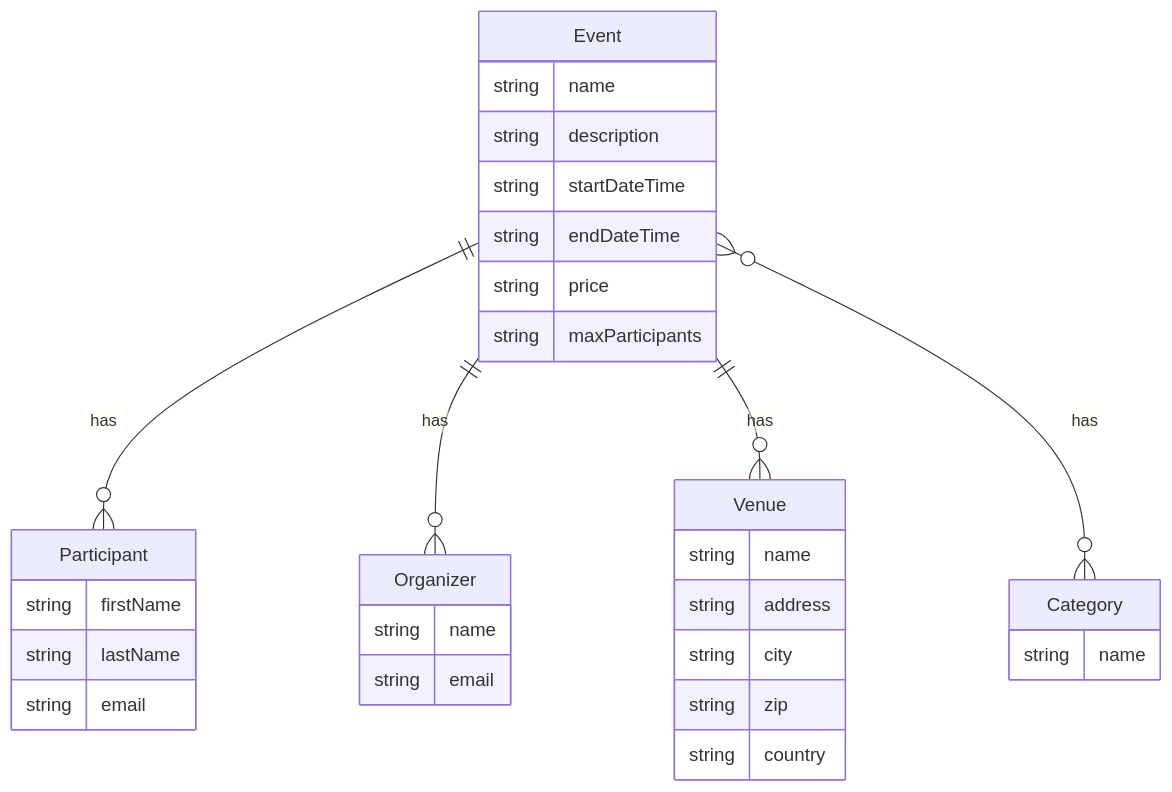
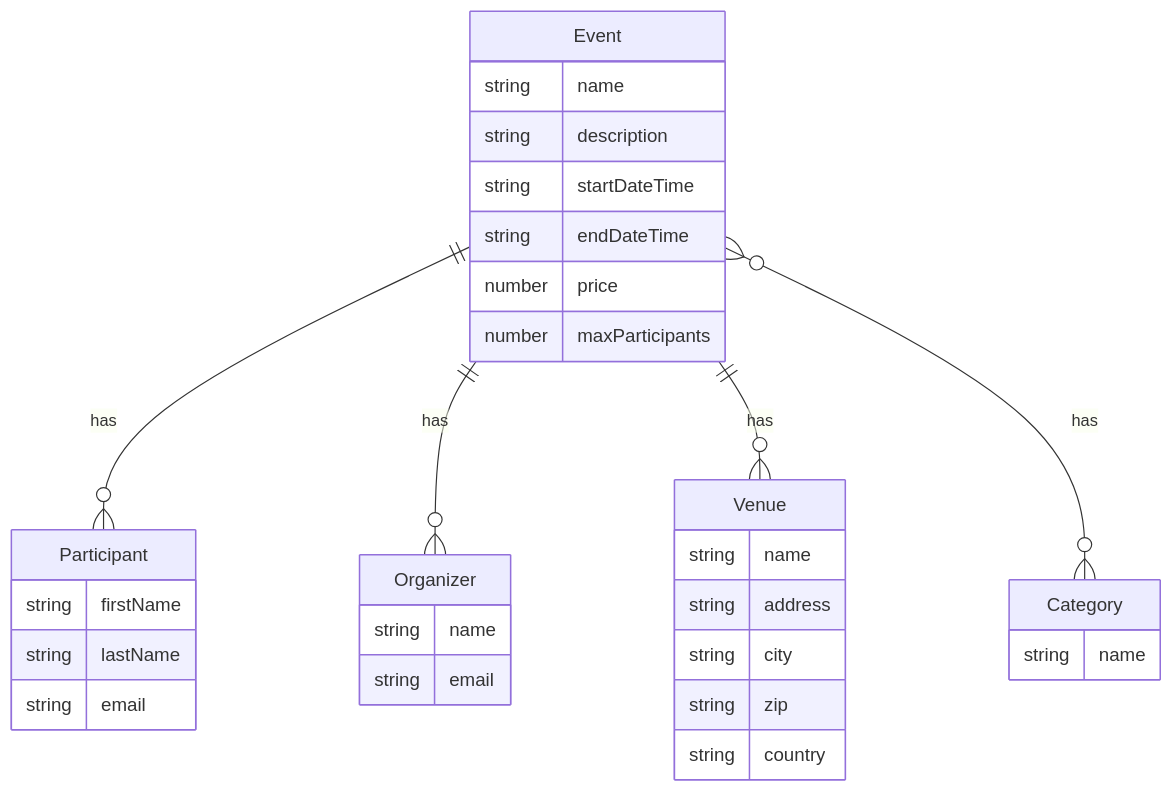
One commit to Wombosvideo/prototyping-project changed the second of 2 diagrams in README.md. Above: the diagram before and after it, drawn with Mermaid.

Commit message:
Update data types for price and maxParticipants in Event model

````diff
--- a/README.md
+++ b/README.md
@@ -36,34 +36,34 @@
 ```mermaid
 erDiagram
   Event ||--o{ Participant : has
   Event ||--o{ Organizer : has
   Event ||--o{ Venue : has
   Event }o--o{ Category : has
   Event {
     string name
     string description
     string startDateTime
     string endDateTime
-    string price
-    string maxParticipants
+    number price
+    number maxParticipants
   }
   Participant {
     string firstName
     string lastName
     string email
   }
   Organizer {
     string name
     string email
   }
   Venue {
     string name
     string address
     string city
     string zip
     string country
   }
   Category {
     string name
   }
 ```
````
